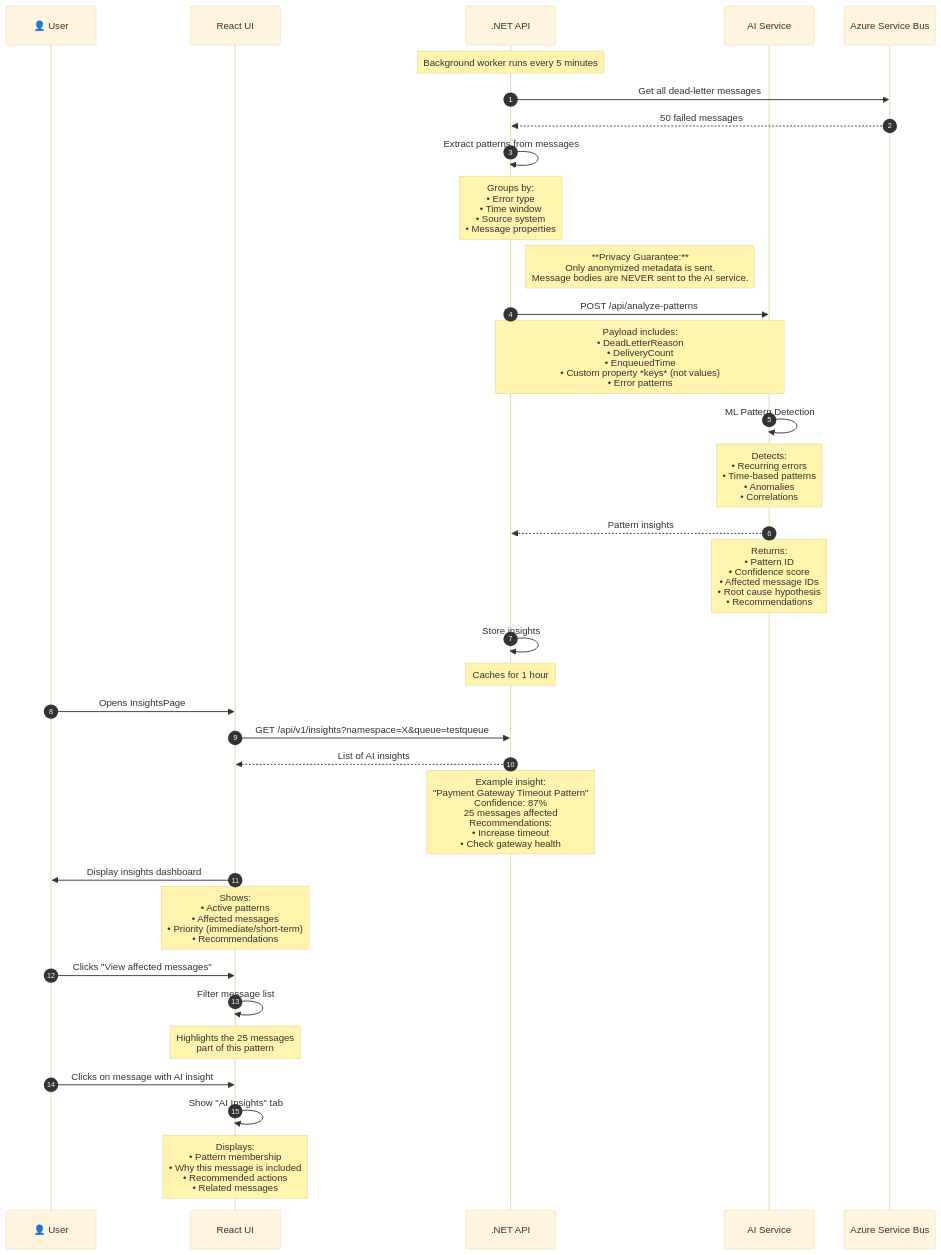
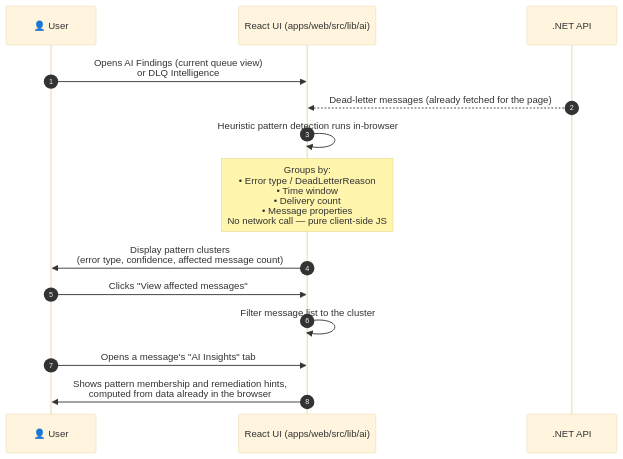
The sixth of 13 diagrams in docs/COMPREHENSIVE-GUIDE.md (debdevops/servicehub), drawn with Mermaid before and after one commit. The commit also changed other lines of this file and 9 other files, not shown here.

First line of the commit message:
Enhance documentation and security measures; refactor architecture for multi-cloud support

````diff
--- a/docs/COMPREHENSIVE-GUIDE.md
+++ b/docs/COMPREHENSIVE-GUIDE.md
@@ -465,52 +467,24 @@
 ```mermaid
 %%{init: {'theme':'base', 'themeVariables': { 'fontSize':'16px'}}}%%
 sequenceDiagram
     autonumber
-    
+
     participant User as 👤 User
-    participant UI as React UI
+    participant UI as React UI (apps/web/src/lib/ai)
     participant API as .NET API
-    participant AIService as AI Service
-    participant Azure as Azure Service Bus
-    
-    Note over API: Background worker runs every 5 minutes
-    
-    API->>Azure: Get all dead-letter messages
-    Azure-->>API: 50 failed messages
-    
-    API->>API: Extract patterns from messages
-    Note over API: Groups by:<br/>• Error type<br/>• Time window<br/>• Source system<br/>• Message properties
-    
-    Note right of API: **Privacy Guarantee:**<br/>Only anonymized metadata is sent.<br/>Message bodies are NEVER sent to the AI service.
-    API->>AIService: POST /api/analyze-patterns
-    Note over API,AIService: Payload includes:<br/>• DeadLetterReason<br/>• DeliveryCount<br/>• EnqueuedTime<br/>• Custom property *keys* (not values)<br/>• Error patterns
-    
-    AIService->>AIService: ML Pattern Detection
-    Note over AIService: Detects:<br/>• Recurring errors<br/>• Time-based patterns<br/>• Anomalies<br/>• Correlations
-    
-    AIService-->>API: Pattern insights
-    Note over AIService: Returns:<br/>• Pattern ID<br/>• Confidence score<br/>• Affected message IDs<br/>• Root cause hypothesis<br/>• Recommendations
-    
-    API->>API: Store insights
-    Note over API: Caches for 1 hour
-    
-    User->>UI: Opens InsightsPage
-    
-    UI->>API: GET /api/v1/insights?namespace=X&queue=testqueue
-    
-    API-->>UI: List of AI insights
-    Note over API: Example insight:<br/>"Payment Gateway Timeout Pattern"<br/>Confidence: 87%<br/>25 messages affected<br/>Recommendations:<br/>• Increase timeout<br/>• Check gateway health
-    
-    UI->>User: Display insights dashboard
-    Note over UI: Shows:<br/>• Active patterns<br/>• Affected messages<br/>• Priority (immediate/short-term)<br/>• Recommendations
-    
+
+    User->>UI: Opens AI Findings (current queue view)<br/>or DLQ Intelligence
+
+    API-->>UI: Dead-letter messages (already fetched for the page)
+
+    UI->>UI: Heuristic pattern detection runs in-browser
+    Note over UI: Groups by:<br/>• Error type / DeadLetterReason<br/>• Time window<br/>• Delivery count<br/>• Message properties<br/>No network call — pure client-side JS
+
+    UI->>User: Display pattern clusters<br/>(error type, confidence, affected message count)
+
     User->>UI: Clicks "View affected messages"
-    
-    UI->>UI: Filter message list
-    Note over UI: Highlights the 25 messages<br/>part of this pattern
-    
-    User->>UI: Clicks on message with AI insight
-    
-    UI->>UI: Show "AI Insights" tab
-    Note over UI: Displays:<br/>• Pattern membership<br/>• Why this message is included<br/>• Recommended actions<br/>• Related messages
+    UI->>UI: Filter message list to the cluster
+
+    User->>UI: Opens a message's "AI Insights" tab
+    UI->>User: Shows pattern membership and remediation hints,<br/>computed from data already in the browser
 ```
````
